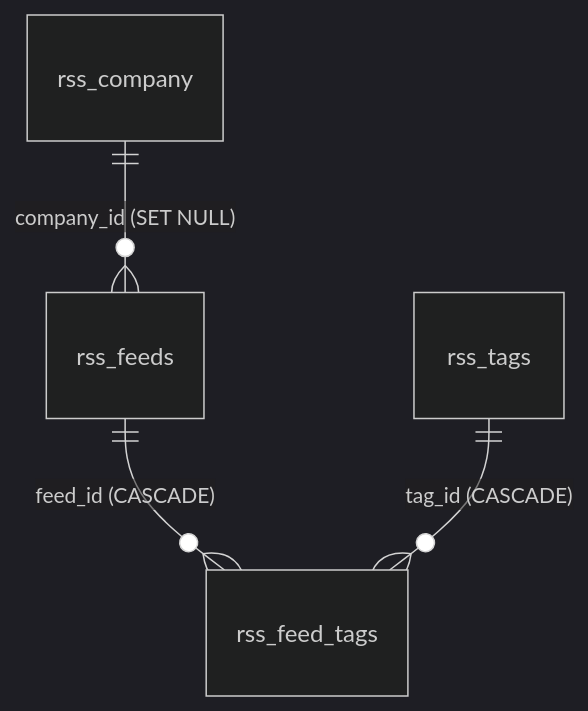
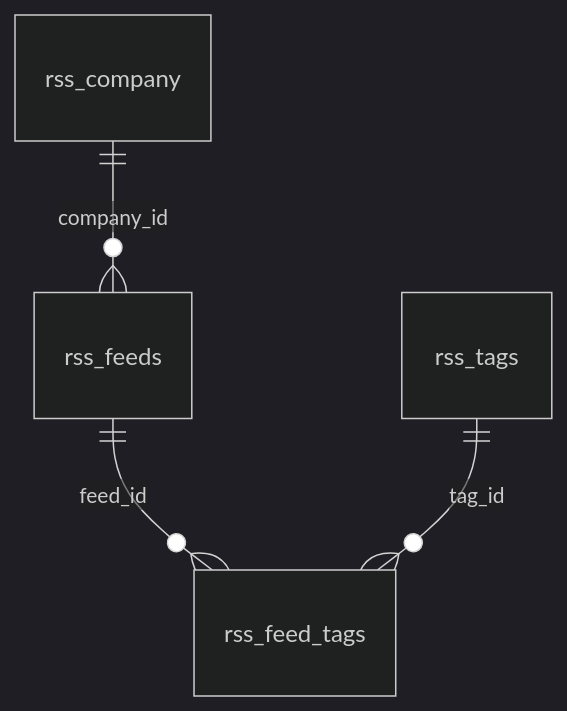
Before and after one commit to Dorn-15/Manifeed: the diagram in doc/postgres/relations.md, drawn with Mermaid (dark theme). The commit also changed other lines of this file, not shown here.

````diff
--- a/doc/postgres/relations.md
+++ b/doc/postgres/relations.md
@@ -5,6 +5,6 @@
 ```mermaid
 erDiagram
-    rss_company ||--o{ rss_feeds : "company_id (SET NULL)"
-    rss_feeds ||--o{ rss_feed_tags : "feed_id (CASCADE)"
-    rss_tags ||--o{ rss_feed_tags : "tag_id (CASCADE)"
+    rss_company ||--o{ rss_feeds : company_id
+    rss_feeds ||--o{ rss_feed_tags : feed_id
+    rss_tags ||--o{ rss_feed_tags : tag_id
 ```
````
